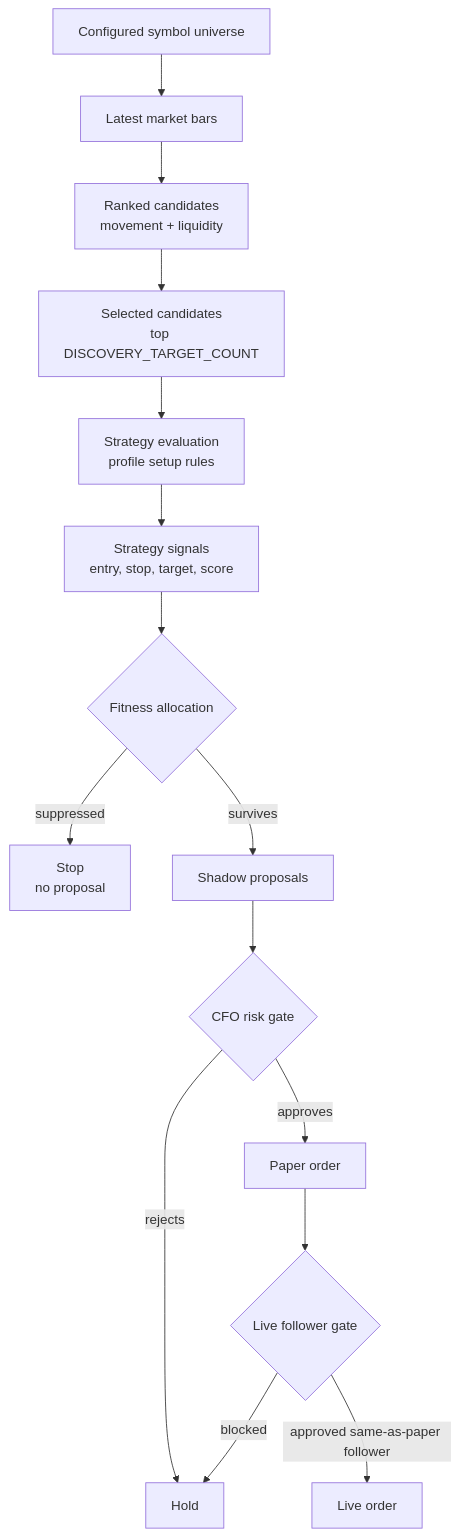
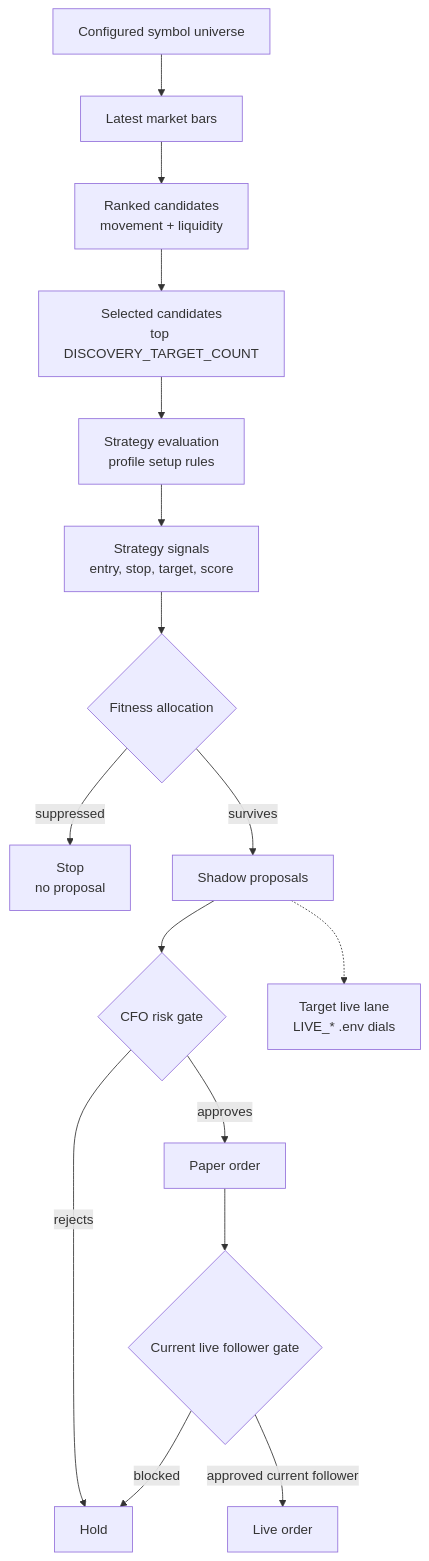
One commit to ghostfrog-ltd/centaur changed the first of 2 diagrams in TICK_DECISION_FLOW.md. Above: the diagram before and after it, drawn with Mermaid. The commit also changed other lines of this file and 10 other files, not shown here.

````diff
--- a/TICK_DECISION_FLOW.md
+++ b/TICK_DECISION_FLOW.md
@@ -43,17 +43,18 @@
 ```mermaid
 flowchart TD
   universe["Configured symbol universe"] --> bars["Latest market bars"]
   bars --> candidates["Ranked candidates<br/>movement + liquidity"]
   candidates --> selected["Selected candidates<br/>top DISCOVERY_TARGET_COUNT"]
   selected --> strategies["Strategy evaluation<br/>profile setup rules"]
   strategies --> signals["Strategy signals<br/>entry, stop, target, score"]
   signals --> fitness{"Fitness allocation"}
   fitness -->|suppressed| stop1["Stop<br/>no proposal"]
   fitness -->|survives| proposals["Shadow proposals"]
   proposals --> cfo{"CFO risk gate"}
   cfo -->|rejects| hold["Hold"]
   cfo -->|approves| paper["Paper order"]
-  paper --> live{"Live follower gate"}
+  paper --> live{"Current live follower gate"}
   live -->|blocked| hold
-  live -->|approved same-as-paper follower| liveOrder["Live order"]
+  live -->|approved current follower| liveOrder["Live order"]
+  proposals -.-> liveTarget["Target live lane<br/>LIVE_* .env dials"]
 ```
````
